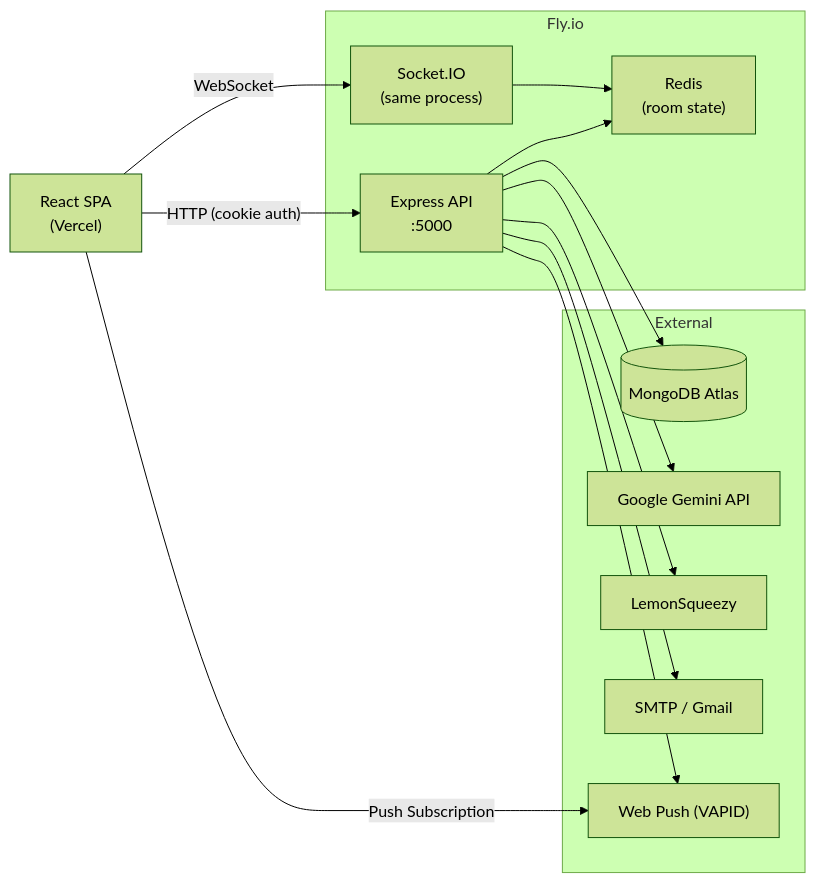
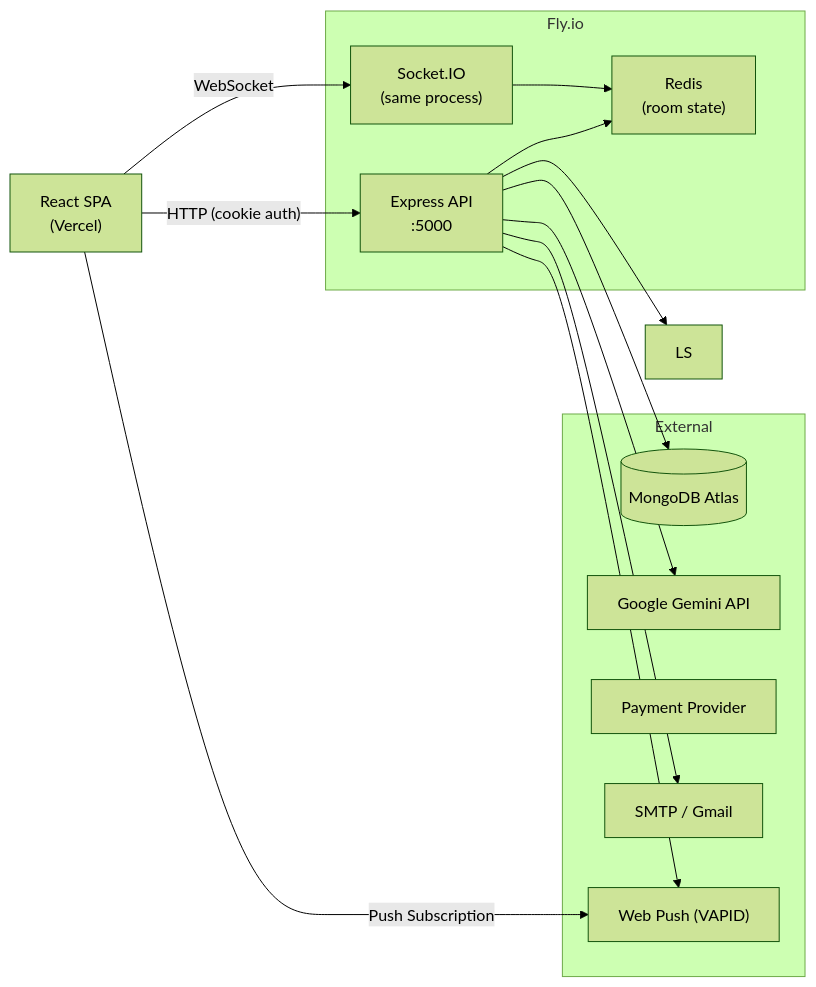
One commit to mewHacks/in-aspired-core changed the diagram in README.md. Above: the diagram before and after it, drawn with Mermaid (forest theme). The commit also changed other lines of this file and 5 other files, not shown here.

````diff
--- a/README.md
+++ b/README.md
@@ -131,29 +131,29 @@
 ```mermaid
 flowchart LR
     Browser["React SPA<br/>(Vercel)"]
 
     subgraph "Fly.io"
         API["Express API<br/>:5000"]
         WS["Socket.IO\n(same process)"]
         Redis["Redis\n(room state)"]
     end
 
     subgraph "External"
         MongoDB[("MongoDB Atlas")]
         Gemini["Google Gemini API"]
-        LS["LemonSqueezy"]
+        Pay["Payment Provider"]
         SMTP["SMTP / Gmail"]
         Push["Web Push (VAPID)"]
     end
 
     Browser -- "HTTP (cookie auth)" --> API
     Browser -- "WebSocket" --> WS
     Browser -- "Push Subscription" --> Push
     API --> MongoDB
     WS --> Redis
     API --> Gemini
     API --> LS
     API --> SMTP
     API --> Redis
     API --> Push
 ```
````
